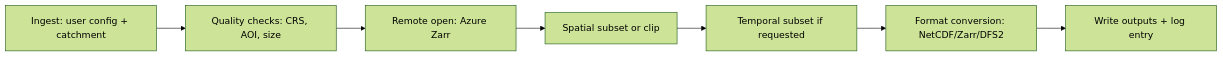
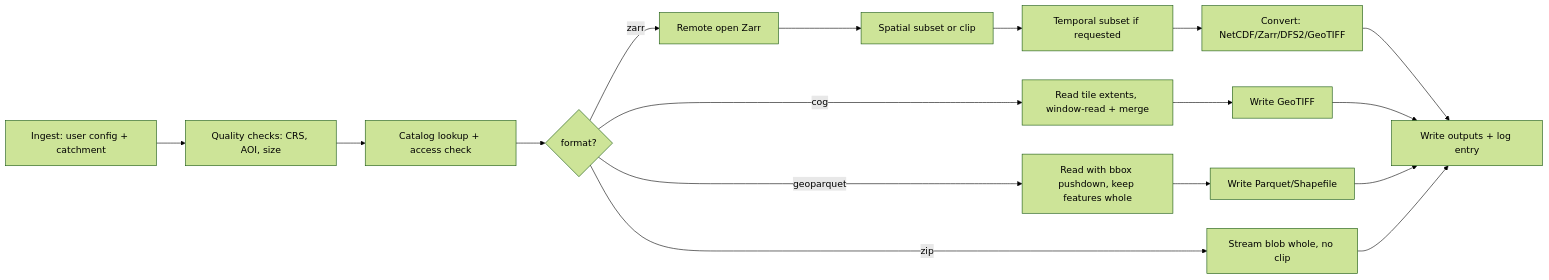
Before and after one commit to DHI/phishes-pdp: the diagram in data-download-tool/TECH_SPECS_PIPELINE.md, drawn with Mermaid (forest theme). The commit also changed other lines of this file and 14 other files, not shown here.

````diff
--- a/data-download-tool/TECH_SPECS_PIPELINE.md
+++ b/data-download-tool/TECH_SPECS_PIPELINE.md
@@ -17,9 +16,14 @@
 ```mermaid
 flowchart LR
   A[Ingest: user config + catchment] --> B[Quality checks: CRS, AOI, size]
-  B --> C[Remote open: Azure Zarr]
-  C --> D[Spatial subset or clip]
-  D --> E[Temporal subset if requested]
-  E --> F[Format conversion: NetCDF/Zarr/DFS2]
-  F --> G[Write outputs + log entry]
+  B --> C[Catalog lookup + access check]
+  C --> D{format?}
+  D -->|zarr| E[Remote open Zarr] --> F[Spatial subset or clip] --> G[Temporal subset if requested] --> H[Convert: NetCDF/Zarr/DFS2/GeoTIFF]
+  D -->|cog| I[Read tile extents, window-read + merge] --> J[Write GeoTIFF]
+  D -->|geoparquet| K[Read with bbox pushdown, keep features whole] --> L[Write Parquet/Shapefile]
+  D -->|zip| M[Stream blob whole, no clip]
+  H --> N[Write outputs + log entry]
+  J --> N
+  L --> N
+  M --> N
 ```
````
